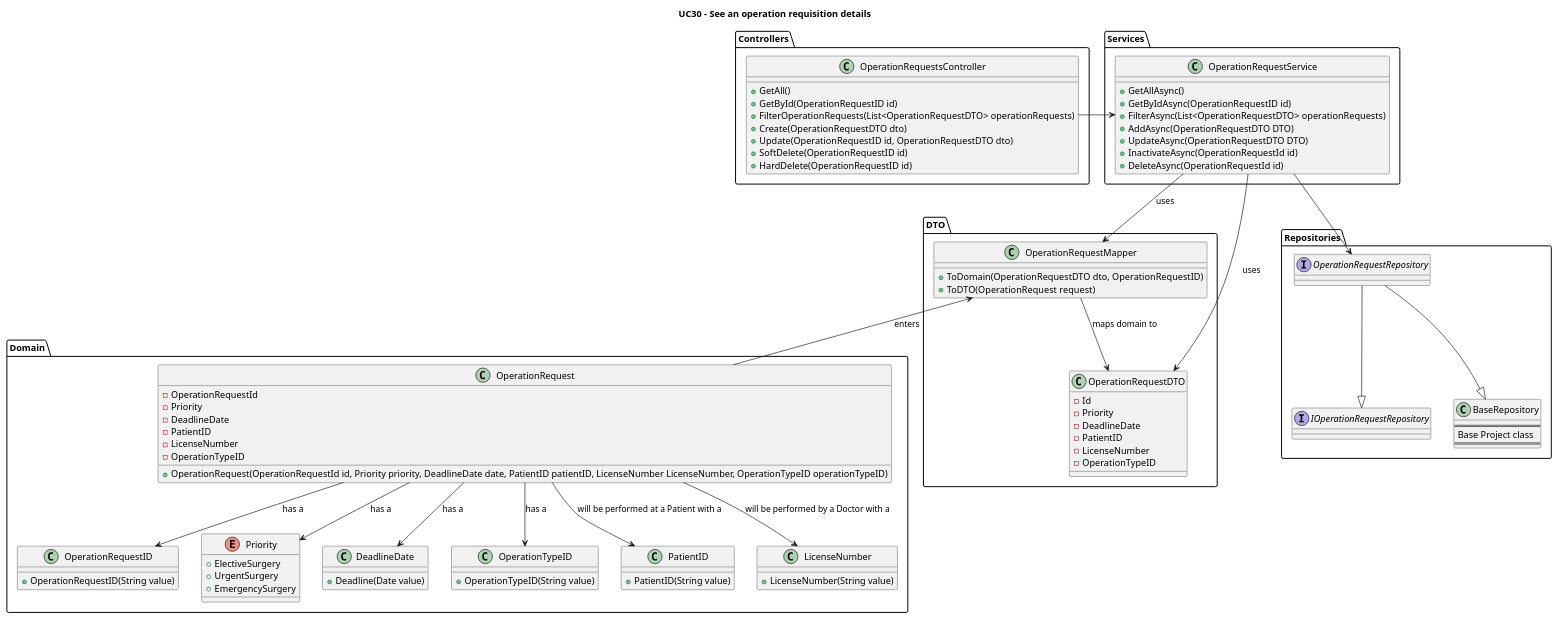
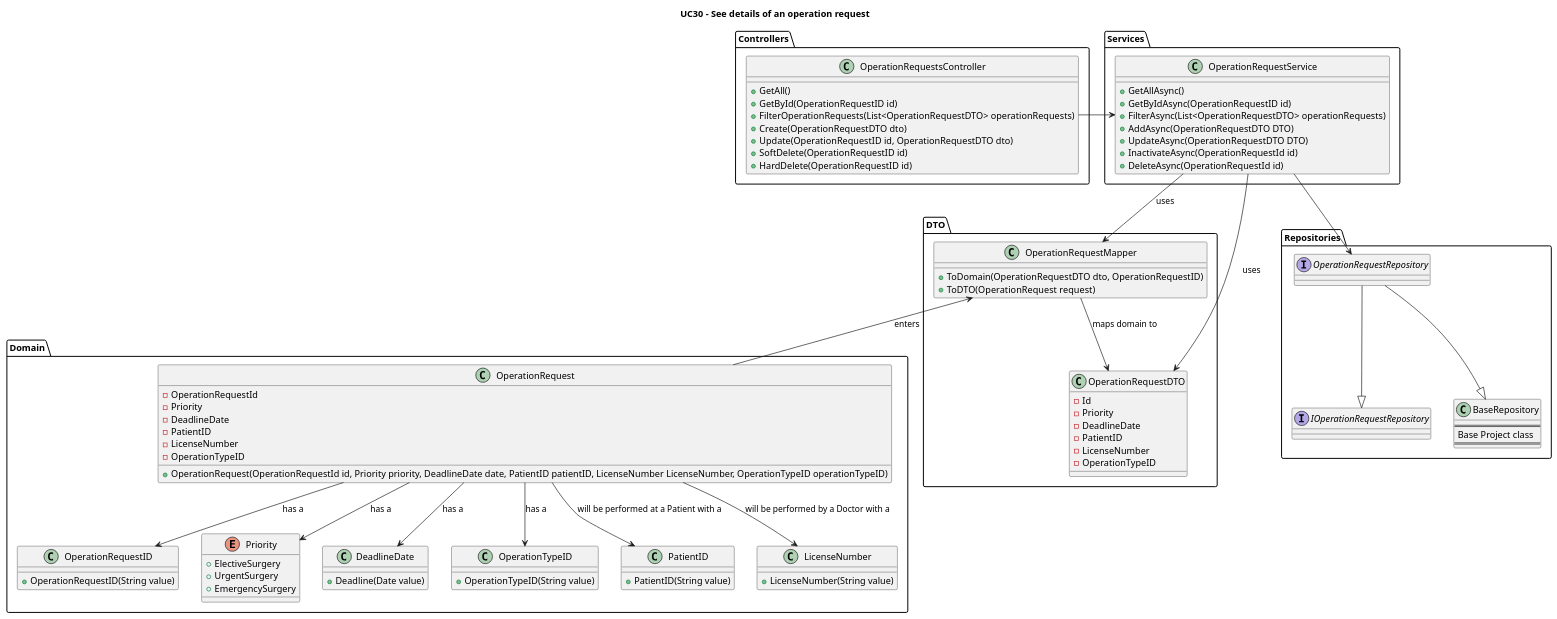
One commit to MiguelCardoso77/SurgicalSync-BackEnd changed the diagram in Wiki/SprintA/diagrams/use-cases/30-see-operation-requests-details/class-diagram.puml. Above: the diagram before and after it, drawn with PlantUML. The commit also changed 17 other files, not shown here.

```diff
--- a/Wiki/SprintA/diagrams/use-cases/30-see-operation-requests-details/class-diagram.puml
+++ b/Wiki/SprintA/diagrams/use-cases/30-see-operation-requests-details/class-diagram.puml
@@ -1,123 +1,123 @@
 @startuml
 
-Title "UC30 - See an operation requisition details"
+Title "UC30 - See details of an operation request"
 
 package "Domain"{
 
 class OperationRequest{
     - OperationRequestId
     - Priority
     - DeadlineDate
     - PatientID
     - LicenseNumber
     - OperationTypeID
     + OperationRequest(OperationRequestId id, Priority priority, DeadlineDate date, PatientID patientID, LicenseNumber LicenseNumber, OperationTypeID operationTypeID)
 }
 
 class OperationRequestID{
     + OperationRequestID(String value)
 }
 
 Enum Priority{
     + ElectiveSurgery
     + UrgentSurgery
     + EmergencySurgery
 }
 
 class DeadlineDate{
     + Deadline(Date value)
 }
 
 class OperationTypeID{
     + OperationTypeID(String value)
 }
 
 class PatientID{
     + PatientID(String value)
 }
 
 class LicenseNumber{
     + LicenseNumber(String value)
 }
 
 }
 
 package "DTO"{
 
 class OperationRequestDTO{
     - Id
     - Priority
     - DeadlineDate
     - PatientID
     - LicenseNumber
     - OperationTypeID
 }
 
 class OperationRequestMapper{
     + ToDomain(OperationRequestDTO dto, OperationRequestID)
     + ToDTO(OperationRequest request)
 }
 }
 
 package "Controllers"{
 
 class OperationRequestsController{
     + GetAll()
     + GetById(OperationRequestID id)
     + FilterOperationRequests(List<OperationRequestDTO> operationRequests)
     + Create(OperationRequestDTO dto)
     + Update(OperationRequestID id, OperationRequestDTO dto)
     + SoftDelete(OperationRequestID id)
     + HardDelete(OperationRequestID id)
 }
 
 }
 
 package "Services"{
     class OperationRequestService{
         + GetAllAsync()
         + GetByIdAsync(OperationRequestID id)
         + FilterAsync(List<OperationRequestDTO> operationRequests)
         + AddAsync(OperationRequestDTO DTO)
         + UpdateAsync(OperationRequestDTO DTO)
         + InactivateAsync(OperationRequestId id)
         + DeleteAsync(OperationRequestId id)
     }
 }
 
 package "Repositories"{
 
 interface IOperationRequestRepository{
 }
 
 interface OperationRequestRepository{
 }
 
 class BaseRepository{
 ====
 Base Project class
 ====
 }
 
 }
 
 OperationRequestsController -> OperationRequestService
 OperationRequestService --> OperationRequestMapper : uses
 OperationRequestService --> OperationRequestDTO : uses
 
 OperationRequestMapper --> OperationRequestDTO : maps domain to
 OperationRequestMapper <-- OperationRequest : enters
 
 OperationRequest --> OperationRequestID : has a
 OperationRequest --> Priority : has a
 OperationRequest --> DeadlineDate : has a
 OperationRequest --> PatientID : will be performed at a Patient with a 
 OperationRequest --> LicenseNumber : will be performed by a Doctor with a
 OperationRequest --> OperationTypeID : has a
 
 OperationRequestService --> OperationRequestRepository
 
 OperationRequestRepository --|> BaseRepository
 OperationRequestRepository --|> IOperationRequestRepository
 
 @enduml
```
